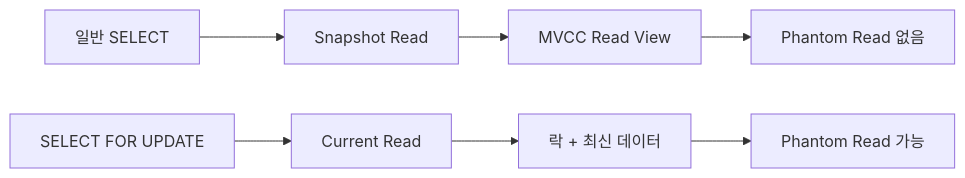
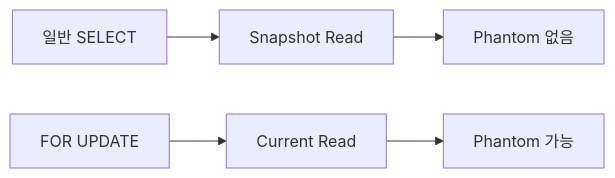
Before and after one commit to yjkim2015/yjkim2015.github.io: the first of 3 diagrams in _posts/db/2026-05-03-db-transaction-isolation.md, drawn with Mermaid. The commit also changed other lines of this file and 245 other files, not shown here.

First line of the commit message:
Mermaid 다이어그램 전면 수정 + 면접 포인트 접기/펼치기 + DB 데드락 페이지

````diff
--- a/_posts/db/2026-05-03-db-transaction-isolation.md
+++ b/_posts/db/2026-05-03-db-transaction-isolation.md
@@ -590,9 +590,7 @@
 ```mermaid
 graph LR
     SEL["일반 SELECT"] --> SNAP["Snapshot Read"]
-    FOU["SELECT FOR UPDATE"] --> CURR["Current Read"]
-    SNAP --> MVCC["MVCC Read View"]
-    CURR --> LOCK["락 + 최신 데이터"]
-    MVCC --> NP["Phantom Read 없음"]
-    LOCK --> PH["Phantom Read 가능"]
+    FOU["FOR UPDATE"] --> CURR["Current Read"]
+    SNAP --> NP["Phantom 없음"]
+    CURR --> PH["Phantom 가능"]
 ```
````
